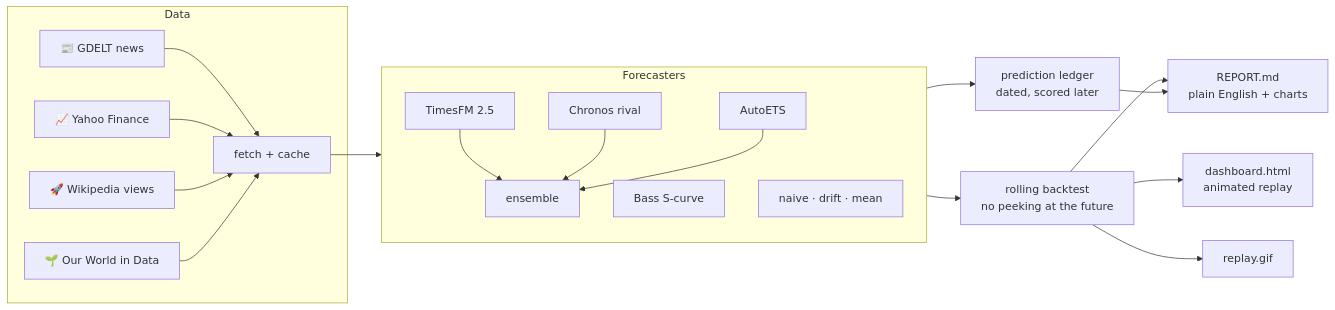
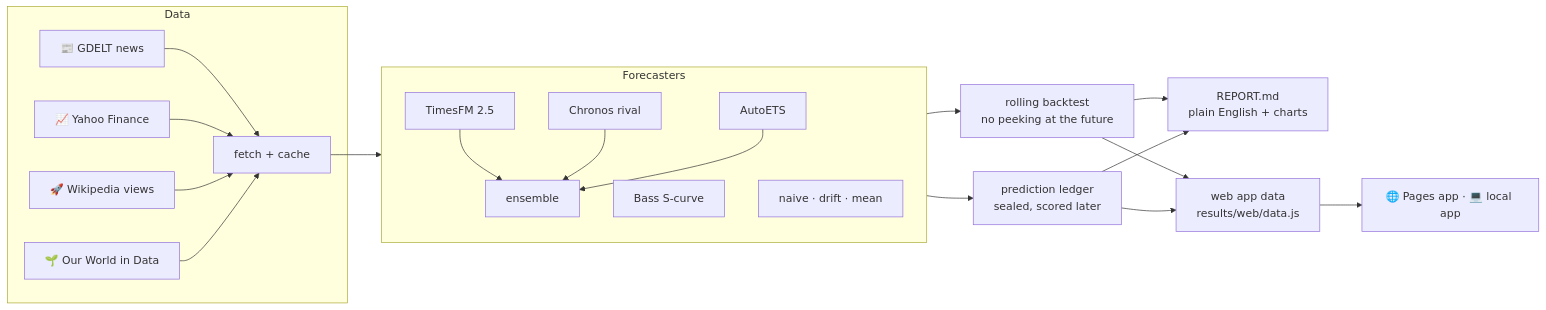
Before and after one commit to Normansrule/world-predictor: the second of 2 diagrams in README.md, drawn with Mermaid. The commit also changed other lines of this file and 43 other files, not shown here.

First line of the commit message:
Add the World Predictor web app, downloadable app, progress tracker and README

````diff
--- a/README.md
+++ b/README.md
@@ -133,24 +192,25 @@
 ```mermaid
 flowchart LR
   subgraph Data
     G[📰 GDELT news] --> F
     Y[📈 Yahoo Finance] --> F
     W[🚀 Wikipedia views] --> F
     O[🌱 Our World in Data] --> F
   end
   F[fetch + cache] --> M
   subgraph M [Forecasters]
     T[TimesFM 2.5]
     C[Chronos rival]
     E[AutoETS]
     B[Bass S-curve]
     N[naive · drift · mean]
     T & C & E --> EN[ensemble]
   end
   M --> BT[rolling backtest<br/>no peeking at the future]
-  M --> L[prediction ledger<br/>dated, scored later]
+  M --> L[prediction ledger<br/>sealed, scored later]
   BT --> R[REPORT.md<br/>plain English + charts]
   L --> R
-  BT --> D[dashboard.html<br/>animated replay]
-  BT --> GIF[replay.gif]
+  BT --> A[web app data<br/>results/web/data.js]
+  L --> A
+  A --> APP[🌐 Pages app · 💻 local app]
 ```
````
